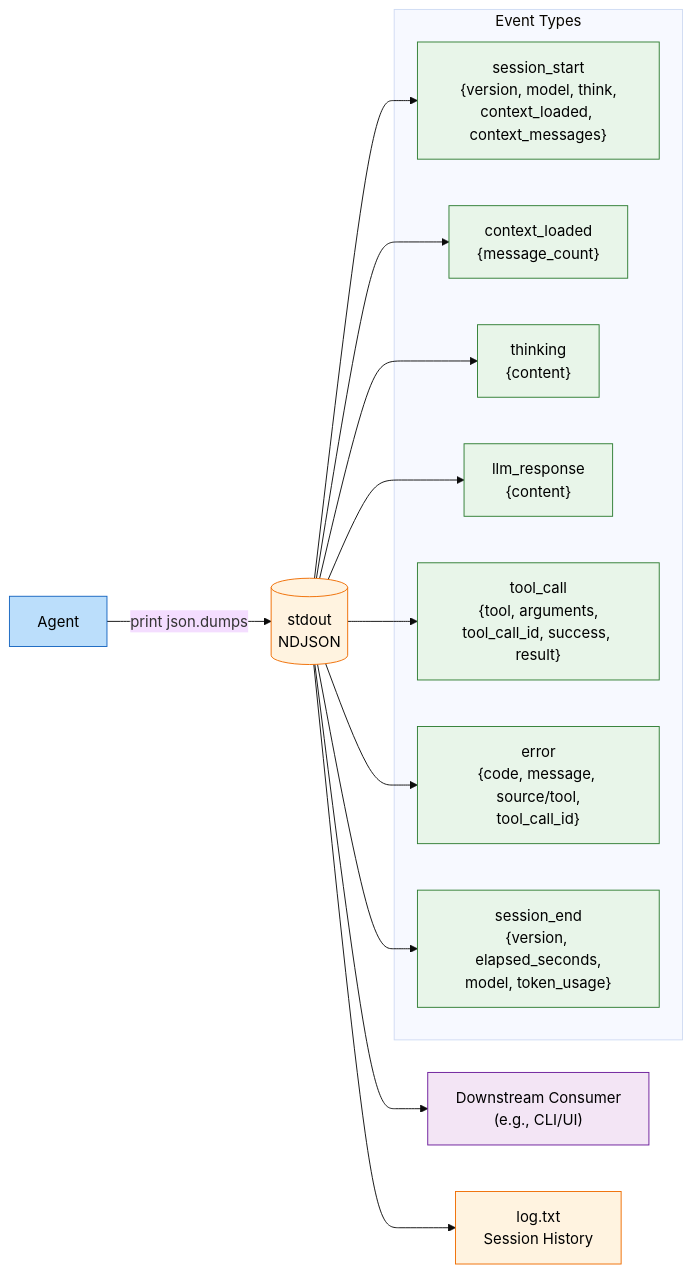
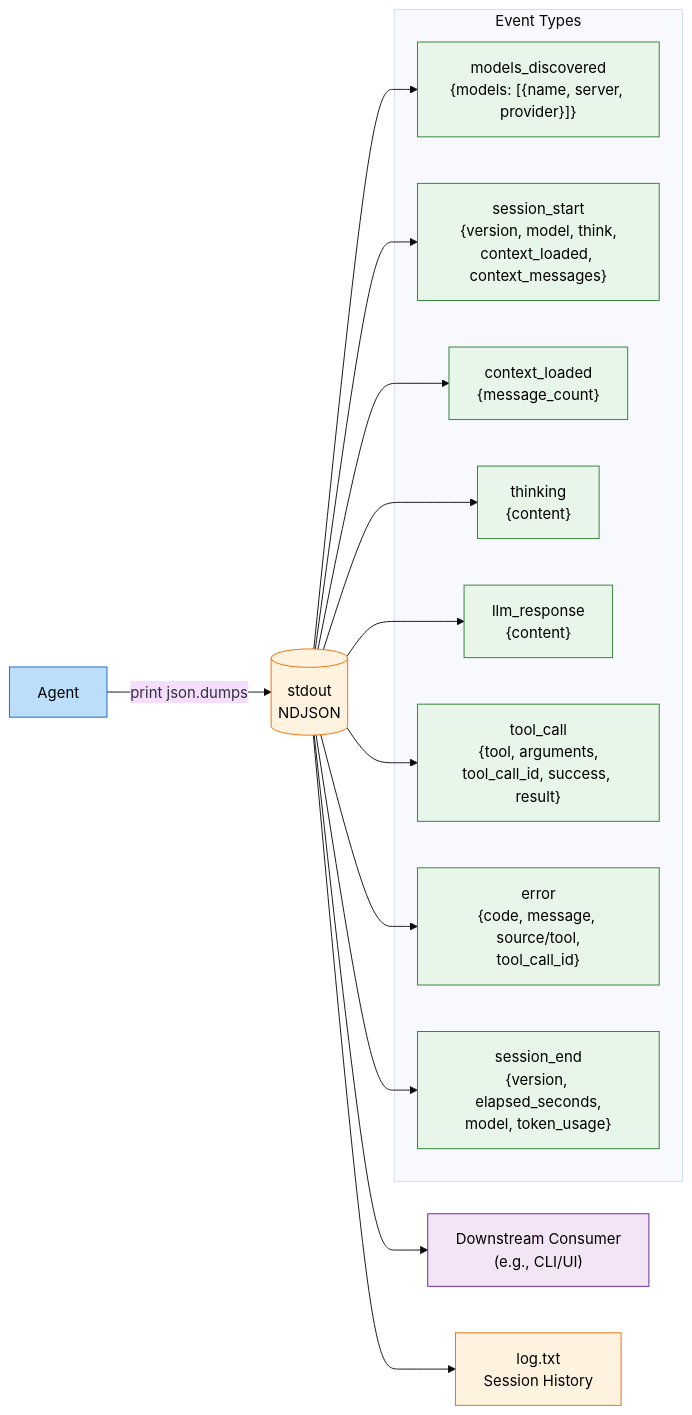
The sixth of 14 diagrams in docs/ARCHITECTURE.md (lg841226/Gradum), drawn with Mermaid (base theme) before and after one commit. The commit also changed other lines of this file and 7 other files, not shown here.

````diff
--- a/docs/ARCHITECTURE.md
+++ b/docs/ARCHITECTURE.md
@@ -506,30 +527,32 @@
 ```mermaid
 graph LR
     Agent[Agent]:::core -->|print json.dumps| Stdout[(stdout<br/>NDJSON)]:::data
 
     Stdout --> P1["Downstream Consumer<br/>(e.g., CLI/UI)"]:::ext
     Stdout --> P2[log.txt<br/>Session History]:::data
 
     subgraph Event Types
+        E0["models_discovered<br/>{models: [{name, server, provider}]}"]:::evt
         E1["session_start<br/>{version, model, think,<br/>context_loaded, context_messages}"]:::evt
         E2["context_loaded<br/>{message_count}"]:::evt
         E3["thinking<br/>{content}"]:::evt
         E4["llm_response<br/>{content}"]:::evt
         E5["tool_call<br/>{tool, arguments,<br/>tool_call_id, success, result}"]:::evt
         E6["error<br/>{code, message, source/tool,<br/>tool_call_id}"]:::evt
         E7["session_end<br/>{version, elapsed_seconds,<br/>model, token_usage}"]:::evt
     end
 
+    Stdout --> E0
     Stdout --> E1
     Stdout --> E2
     Stdout --> E3
     Stdout --> E4
     Stdout --> E5
     Stdout --> E6
     Stdout --> E7
 
     classDef core fill:#bbdefb,stroke:#1565c0,color:#000
     classDef data fill:#fff3e0,stroke:#ef6c00,color:#000
     classDef ext fill:#f3e5f5,stroke:#6a1b9a,color:#000
     classDef evt fill:#e8f5e9,stroke:#2e7d32,color:#000
 ```
````
